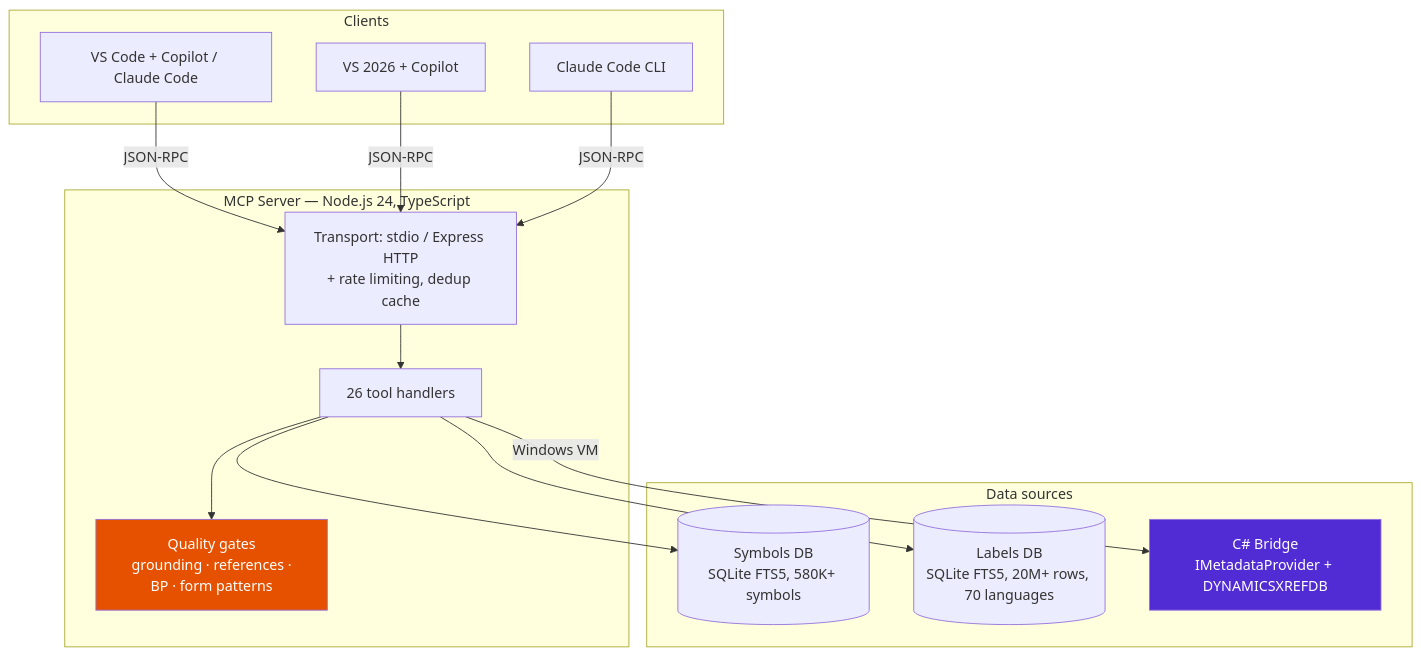
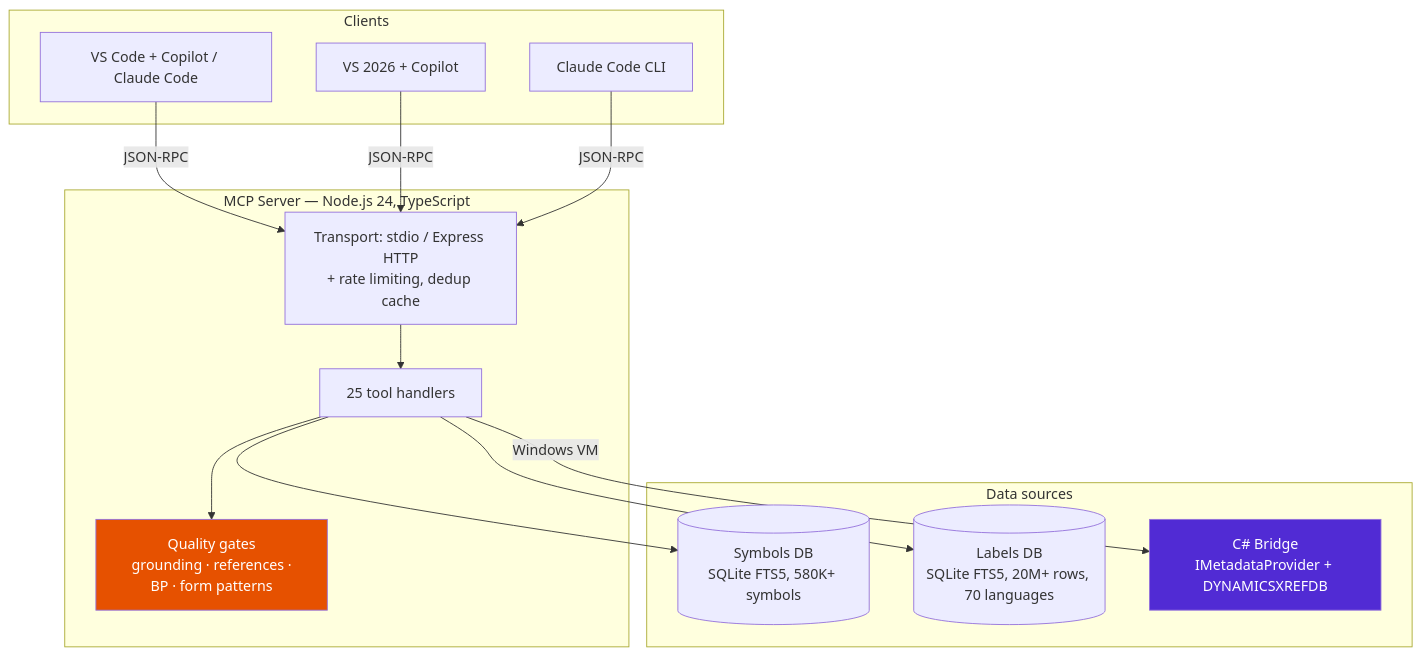
Before and after one commit to dynamics365ninja/d365fo-mcp-server: the first of 6 diagrams in docs/ARCHITECTURE.md, drawn with Mermaid. The commit also changed other lines of this file and 26 other files, not shown here.

````diff
--- a/docs/ARCHITECTURE.md
+++ b/docs/ARCHITECTURE.md
@@ -9,28 +9,28 @@
 ```mermaid
 graph TB
     subgraph Clients
         VSC[VS Code + Copilot / Claude Code]
         VS[VS 2026 + Copilot]
         CC[Claude Code CLI]
     end
 
     subgraph "MCP Server — Node.js 24, TypeScript"
         TRANSPORT[Transport: stdio / Express HTTP\n+ rate limiting, dedup cache]
-        TOOLS[26 tool handlers]
+        TOOLS[25 tool handlers]
         GATES[Quality gates\n grounding · references · BP · form patterns]
     end
 
     subgraph "Data sources"
         DB[(Symbols DB\nSQLite FTS5, 580K+ symbols)]
         LDB[(Labels DB\nSQLite FTS5, 20M+ rows, 70 languages)]
         BRIDGE[C# Bridge\nIMetadataProvider + DYNAMICSXREFDB]
     end
 
     VSC & VS & CC -->|JSON-RPC| TRANSPORT --> TOOLS
     TOOLS --> GATES
     TOOLS --> DB & LDB
     TOOLS -->|Windows VM| BRIDGE
 
     style BRIDGE fill:#512BD4,color:#fff
     style GATES fill:#E65100,color:#fff
 ```
````
